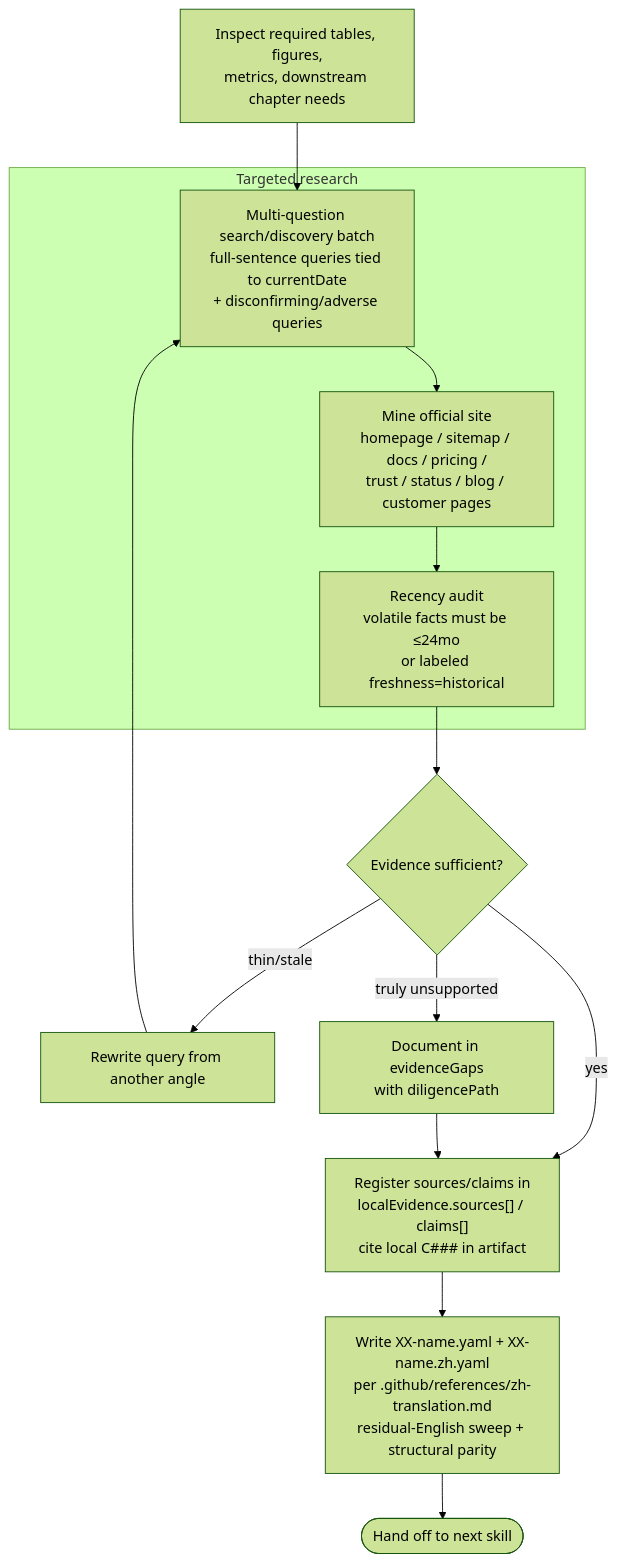
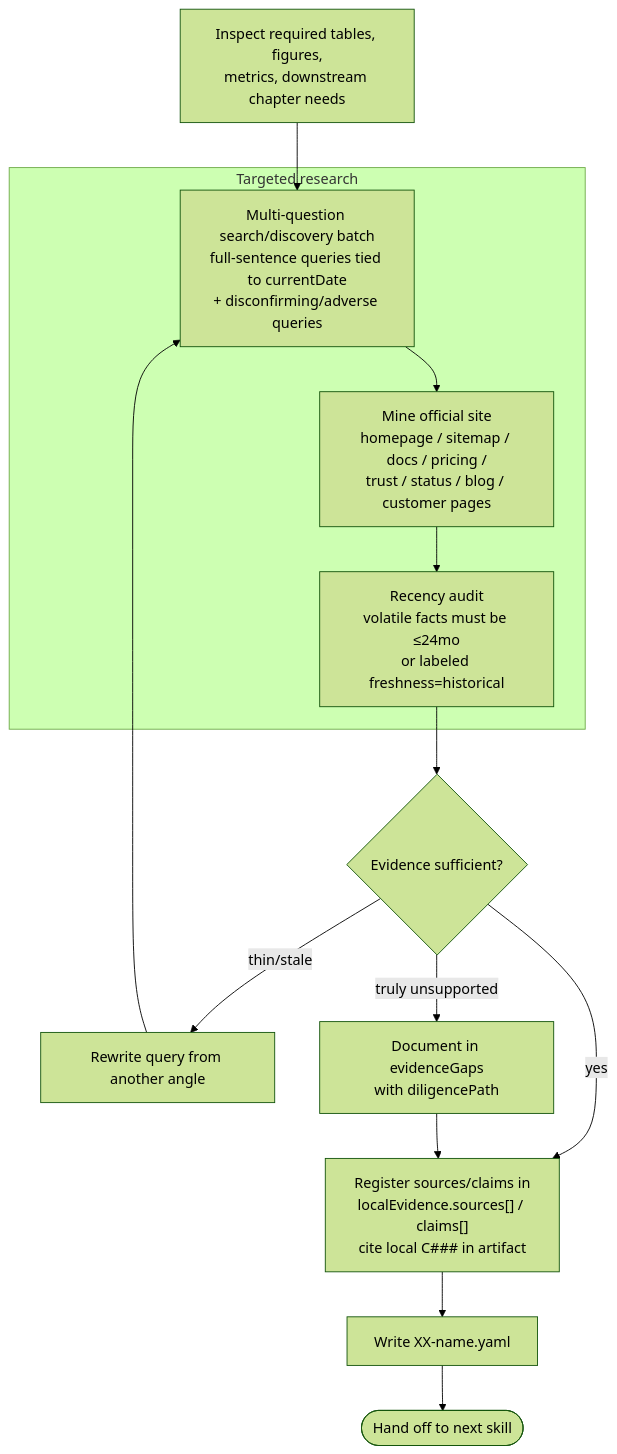
Before and after one commit to huangyingting/startup: the second of 3 diagrams in README.md, drawn with Mermaid (forest theme). The commit also changed other lines of this file and 49 other files, not shown here.

````diff
--- a/README.md
+++ b/README.md
@@ -63,20 +63,20 @@
 ```mermaid
 flowchart TD
   Plan[Inspect required tables, figures,<br/>metrics, downstream chapter needs] --> Search
 
   subgraph SearchLoop[Targeted research]
     Search[Multi-question search/discovery batch<br/>full-sentence queries tied to currentDate<br/>+ disconfirming/adverse queries]
     Search --> Site[Mine official site<br/>homepage / sitemap / docs / pricing /<br/>trust / status / blog / customer pages]
     Site --> Recency[Recency audit<br/>volatile facts must be ≤24mo<br/>or labeled freshness=historical]
   end
 
   Recency --> Decision{Evidence sufficient?}
   Decision -- yes --> Register["Register sources/claims in<br/>localEvidence.sources[] / claims[]<br/>cite local C### in artifact"]
   Decision -- thin/stale --> Rewrite[Rewrite query from another angle]
   Rewrite --> Search
   Decision -- truly unsupported --> Gap[Document in evidenceGaps<br/>with diligencePath]
   Gap --> Register
 
-  Register --> Write[Write XX-name.yaml + XX-name.zh.yaml<br/>per .github/references/zh-translation.md<br/>residual-English sweep + structural parity]
+  Register --> Write[Write XX-name.yaml]
   Write --> Done([Hand off to next skill])
 ```
````
